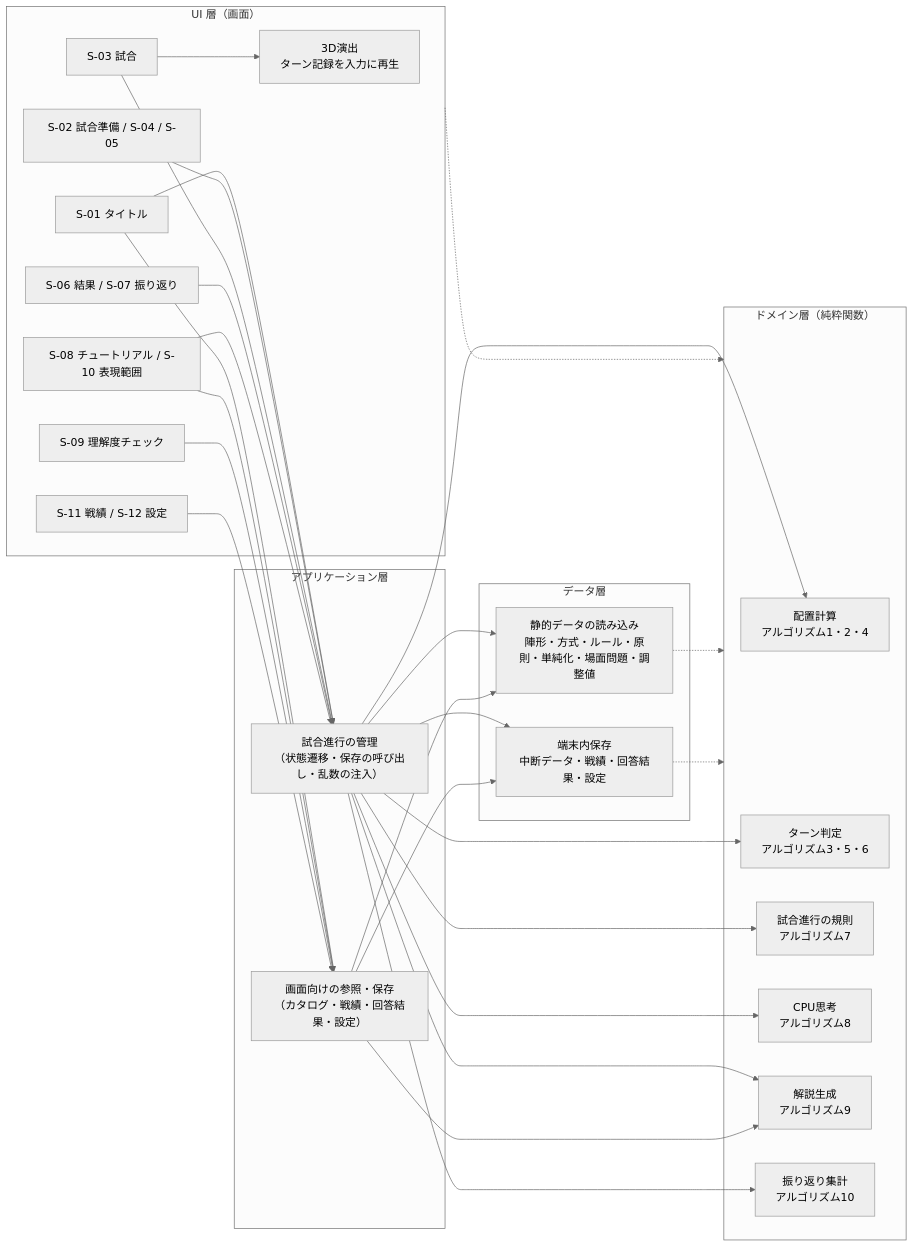
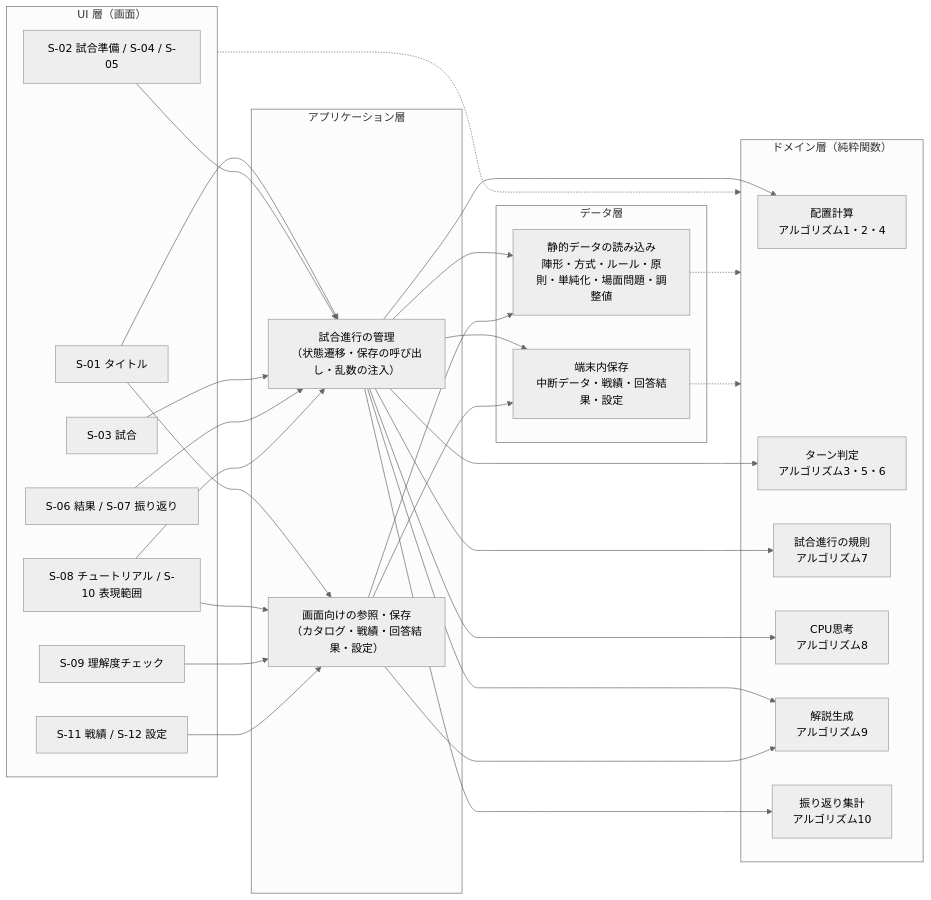
One commit to n-yata/soccer-sim changed the fourth of 4 diagrams in docs/specs/1_requirements/functional-overview.md. Above: the diagram before and after it, drawn with Mermaid (neutral theme). The commit also changed other lines of this file and 39 other files, not shown here.

````diff
--- a/docs/specs/1_requirements/functional-overview.md
+++ b/docs/specs/1_requirements/functional-overview.md
@@ -684,54 +683,52 @@
 ```mermaid
 flowchart LR
     subgraph UI["UI 層（画面）"]
       S1["S-01 タイトル"]
       S2["S-02 試合準備 / S-04 / S-05"]
       S3["S-03 試合"]
-      V1["3D演出<br/>ターン記録を入力に再生"]
       S7["S-06 結果 / S-07 振り返り"]
       S8["S-08 チュートリアル / S-10 表現範囲"]
       S9["S-09 理解度チェック"]
       S11["S-11 戦績 / S-12 設定"]
     end
     subgraph APP["アプリケーション層"]
       A1["試合進行の管理<br/>（状態遷移・保存の呼び出し・乱数の注入）"]
       A2["画面向けの参照・保存<br/>（カタログ・戦績・回答結果・設定）"]
     end
     subgraph DOMAIN["ドメイン層（純粋関数）"]
       D1["配置計算<br/>アルゴリズム1・2・4"]
       D2["ターン判定<br/>アルゴリズム3・5・6"]
       D3["試合進行の規則<br/>アルゴリズム7"]
       D4["CPU思考<br/>アルゴリズム8"]
       D5["解説生成<br/>アルゴリズム9"]
       D6["振り返り集計<br/>アルゴリズム10"]
     end
     subgraph DATA["データ層"]
       P1["静的データの読み込み<br/>陣形・方式・ルール・原則・単純化・場面問題・調整値"]
       P2["端末内保存<br/>中断データ・戦績・回答結果・設定"]
     end
 
     S1 --> A1
     S1 --> A2
     S2 --> A1
     S3 --> A1
-    S3 --> V1
     S7 --> A1
     S8 --> A1
     S8 --> A2
     S9 --> A2
     S11 --> A2
     A1 --> D1
     A1 --> D2
     A1 --> D3
     A1 --> D4
     A1 --> D5
     A1 --> D6
     A1 --> P1
     A1 --> P2
     A2 --> D5
     A2 --> P1
     A2 --> P2
     UI -.-> DOMAIN
     P1 -.-> DOMAIN
     P2 -.-> DOMAIN
 ```
````
